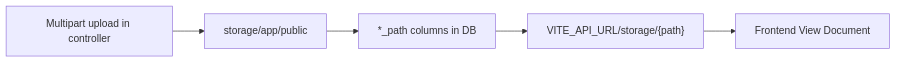
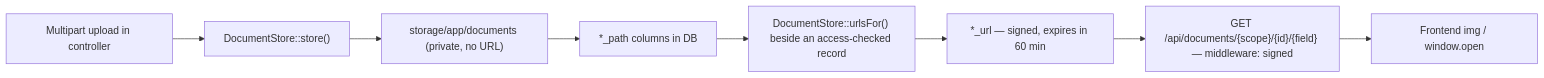
Before and after one commit to dhanmoni/tenant-system-prototype: the tenth of 10 diagrams in docs/backend-architecture.md, drawn with Mermaid. The commit also changed other lines of this file and 37 other files, not shown here.

````diff
--- a/docs/backend-architecture.md
+++ b/docs/backend-architecture.md
@@ -472,7 +476,10 @@
 ```mermaid
 flowchart LR
-    UPLOAD[Multipart upload in controller] --> STORE["storage/app/public"]
+    UPLOAD[Multipart upload in controller] --> DS["DocumentStore::store()"]
+    DS --> STORE["storage/app/documents (private, no URL)"]
     STORE --> PATH["*_path columns in DB"]
-    PATH --> URL["VITE_API_URL/storage/{path}"]
-    URL --> FE[Frontend View Document]
+    PATH --> MINT["DocumentStore::urlsFor() beside an access-checked record"]
+    MINT --> SIGNED["*_url — signed, expires in 60 min"]
+    SIGNED --> ROUTE["GET /api/documents/{scope}/{id}/{field} — middleware: signed"]
+    ROUTE --> FE[Frontend img / window.open]
 ```
````
